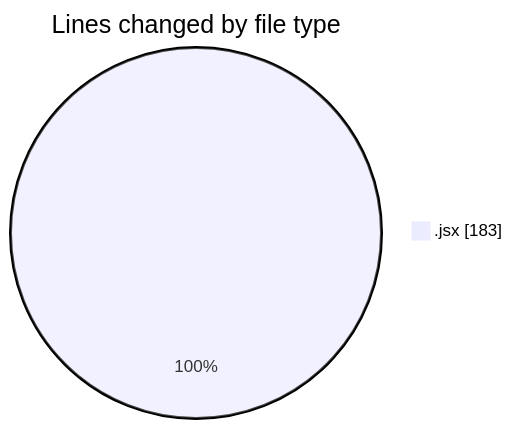
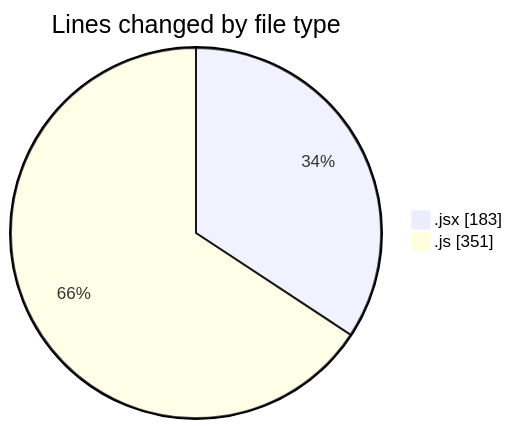
Before and after one commit to momahboobian/code-tracking: the first of 2 diagrams in 2026-02-12/cda/README.md, drawn with Mermaid. The commit also changed other lines of this file and 1 other file, not shown here.

````diff
--- a/2026-02-12/cda/README.md
+++ b/2026-02-12/cda/README.md
@@ -21,5 +22,6 @@
 ```mermaid
 pie showData
 title Lines changed by file type
 ".jsx" : 183
+".js" : 351
 ```
````
